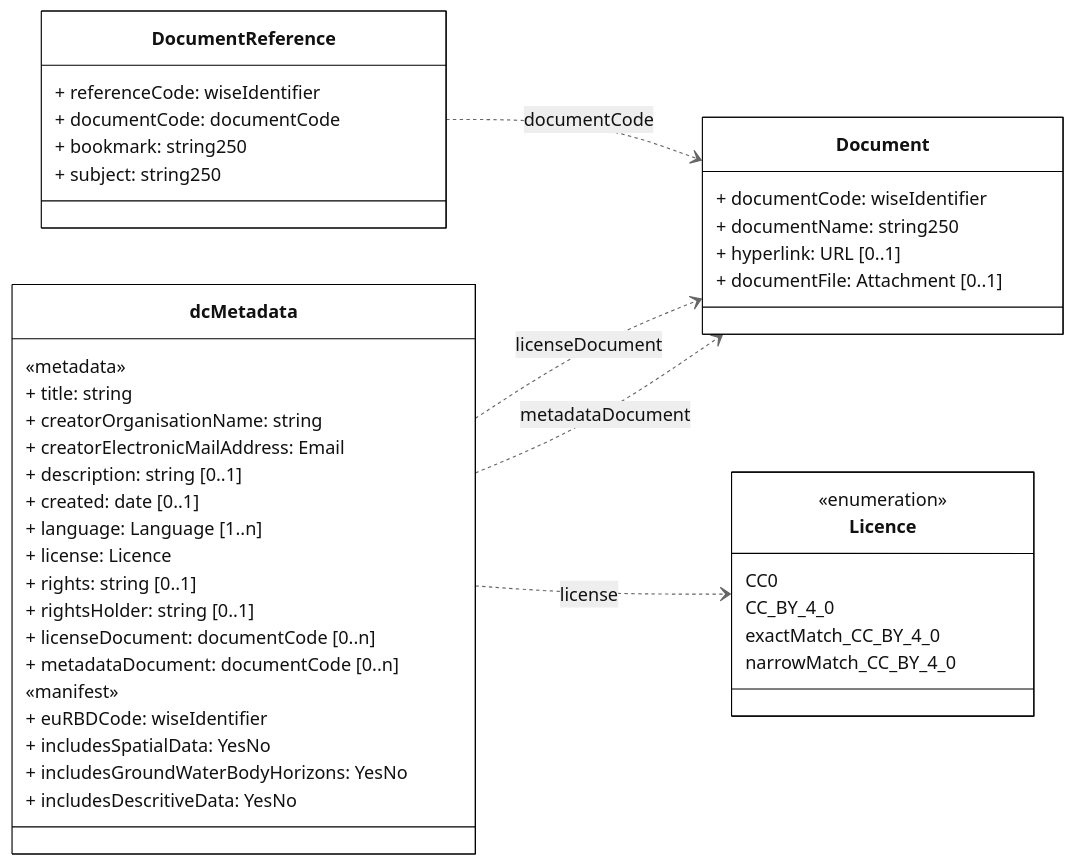
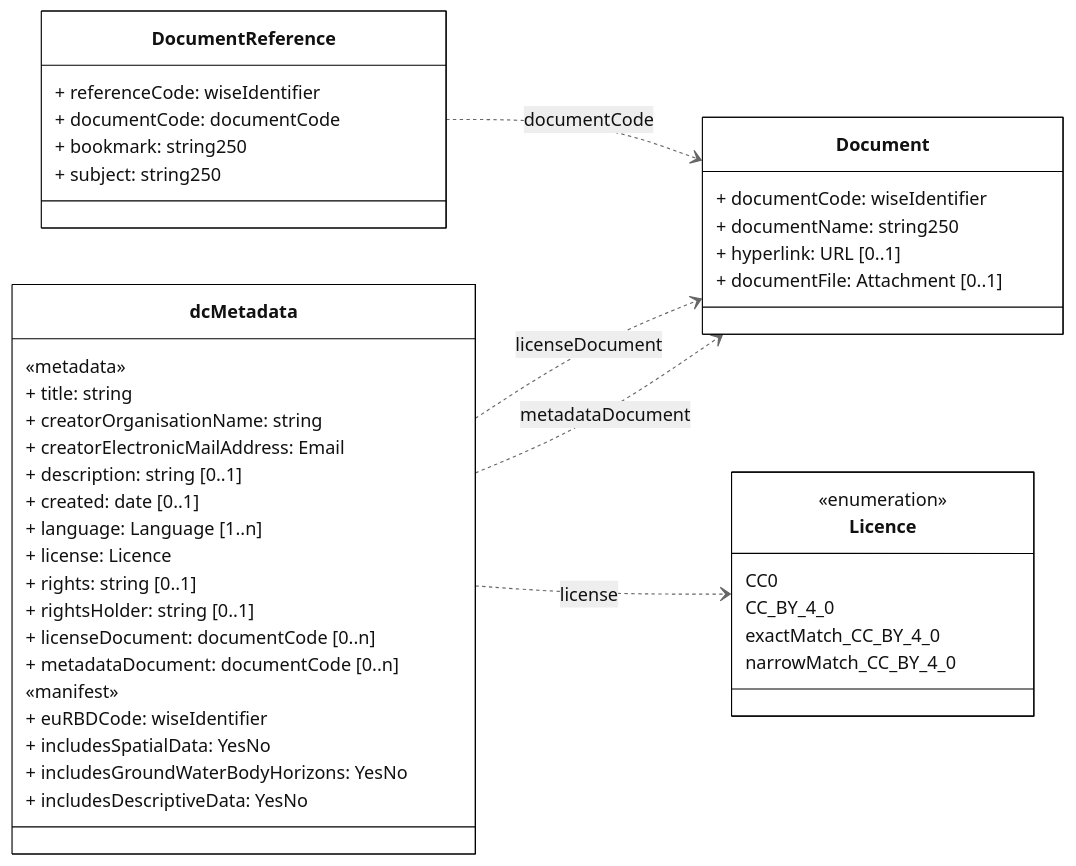
Before and after one commit to eeadata/WISE.WFD.Documentation: the diagram in docs/DataModelReview/mmd/Groundwater_4thCycle_Documents_ClassDiagram.mmd, drawn with Mermaid.

```diff
--- a/docs/DataModelReview/mmd/Groundwater_4thCycle_Documents_ClassDiagram.mmd
+++ b/docs/DataModelReview/mmd/Groundwater_4thCycle_Documents_ClassDiagram.mmd
@@ -1,60 +1,60 @@
 ---
 config:
   class:
     hideEmptyMembersBox: true
   layout: dagre
   theme: neutral
 ---
 classDiagram
 direction LR
 
 class dcMetadata {
 
 «metadata»
 + title: string
 + creatorOrganisationName: string
 + creatorElectronicMailAddress: Email
 + description: string [0..1]
 + created: date [0..1]
 + language: Language [1..n]
 + license: Licence
 + rights: string [0..1]
 + rightsHolder: string [0..1]
 + licenseDocument: documentCode [0..n]
 + metadataDocument: documentCode [0..n]
 
 «manifest»
 + euRBDCode: wiseIdentifier
 + includesSpatialData: YesNo
 + includesGroundWaterBodyHorizons: YesNo
-+ includesDescritiveData: YesNo
++ includesDescriptiveData: YesNo
 }
 
 class DocumentReference {
   + referenceCode: wiseIdentifier
   + documentCode: documentCode
   + bookmark: string250
   + subject: string250 
 }
 
 class Document {
 + documentCode: wiseIdentifier
 + documentName: string250
 + hyperlink: URL [0..1]
 + documentFile: Attachment [0..1]
 }
 
 class Licence{
   <<enumeration>>
   CC0
   CC_BY_4_0
   exactMatch_CC_BY_4_0
   narrowMatch_CC_BY_4_0
 }
 
 DocumentReference  ..> Document: documentCode
 dcMetadata ..> Document: licenseDocument
 dcMetadata ..> Document: metadataDocument
 dcMetadata ..> Licence: license
 classDef default fill:white,stroke:#000;
 classDef forFixing fill:white,stroke:#f00;
```
